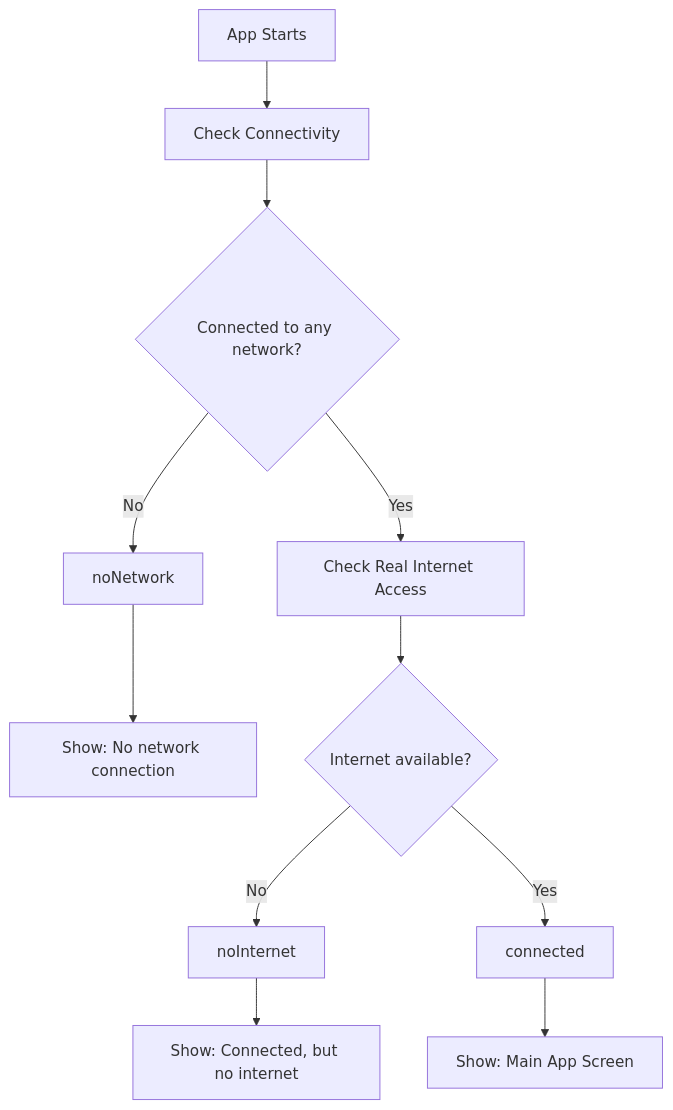
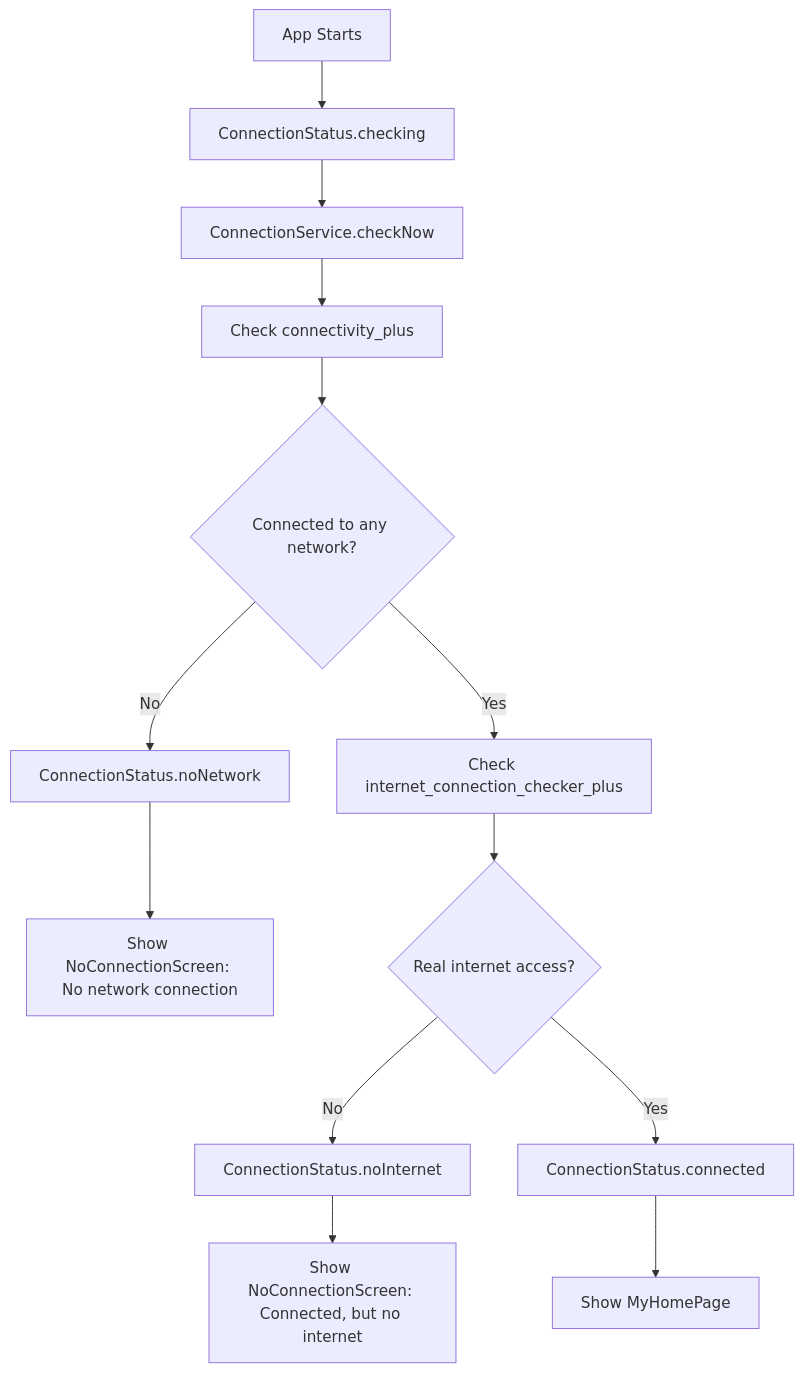
Before and after one commit to MOMEN56/connection_test: the first of 3 diagrams in README.md, drawn with Mermaid. The commit also changed other lines of this file, not shown here.

First line of the commit message:
Update README for better clarity on connection UX

````diff
--- a/README.md
+++ b/README.md
@@ -114,19 +117,20 @@
 ```mermaid
 flowchart TD
-    A[App Starts] --> B[Check Connectivity]
+    A[App Starts] --> B[ConnectionStatus.checking]
+    B --> C[ConnectionService.checkNow]
 
-    B --> C{Connected to any network?}
+    C --> D[Check connectivity_plus]
+    D --> E{Connected to any network?}
 
-    C -->|No| D[noNetwork]
-    D --> D1[Show: No network connection]
+    E -->|No| F[ConnectionStatus.noNetwork]
+    F --> F1[Show NoConnectionScreen: No network connection]
 
-    C -->|Yes| E[Check Real Internet Access]
+    E -->|Yes| G[Check internet_connection_checker_plus]
+    G --> H{Real internet access?}
 
-    E --> F{Internet available?}
+    H -->|No| I[ConnectionStatus.noInternet]
+    I --> I1[Show NoConnectionScreen: Connected, but no internet]
 
-    F -->|No| G[noInternet]
-    G --> G1[Show: Connected, but no internet]
-
-    F -->|Yes| H[connected]
-    H --> H1[Show: Main App Screen]
+    H -->|Yes| J[ConnectionStatus.connected]
+    J --> J1[Show MyHomePage]
 ```
````
